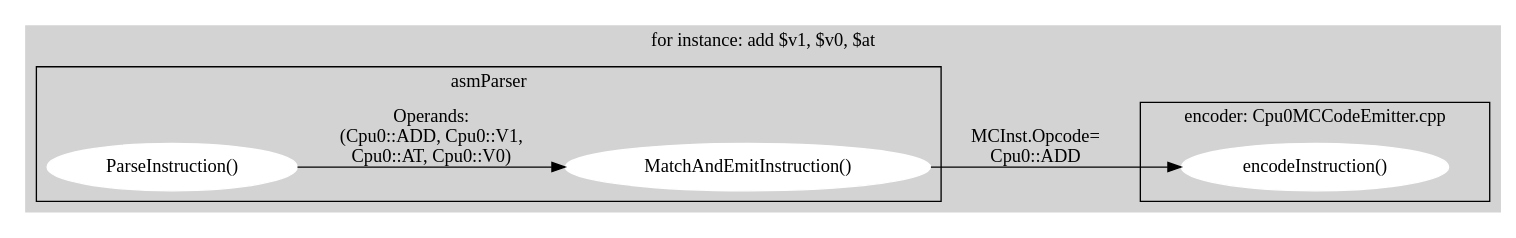
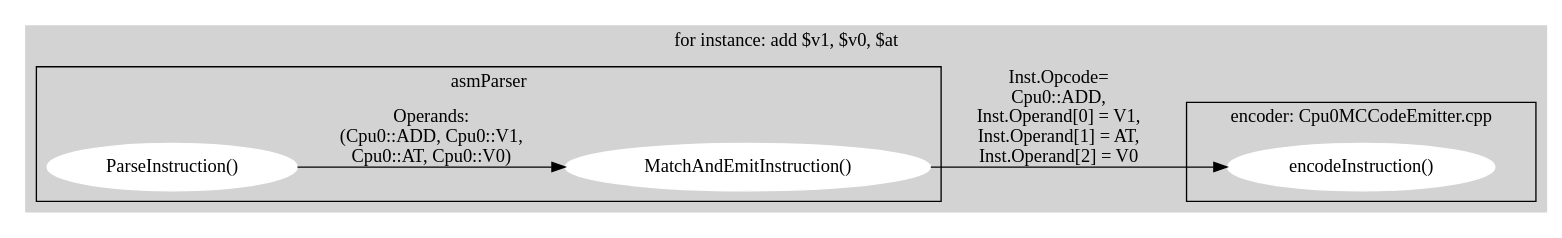
The diagram in Fig/asm/asmDfdEx.gv (Jonathan2251/lbd), drawn with Graphviz before and after one commit. The commit also changed 5 other files, not shown here.

```diff
--- a/Fig/asm/asmDfdEx.gv
+++ b/Fig/asm/asmDfdEx.gv
@@ -1,22 +1,22 @@
 // Free usage license, author: Chung-Shu Chen 陳鍾樞
 // dot -Tpng asmDfdEx.gv -oasmDfdEx.png
 
 digraph G {
   rankdir=LR;
   subgraph cluster_2 {
     style=filled;
     label = "for instance: add $v1, $v0, $at";
     subgraph clusterA {
       label = "asmParser";
       node [style=filled,color=white]; ParseInstruction [label="ParseInstruction()"];
       node [style=filled,color=white]; MatchAndEmitInstruction [label="MatchAndEmitInstruction()"];
       ParseInstruction -> MatchAndEmitInstruction [ label = "Operands:\n (Cpu0::ADD, Cpu0::V1,\n Cpu0::AT, Cpu0::V0)" ];
     }
     subgraph clusterB {
       label = "encoder: Cpu0MCCodeEmitter.cpp";
       node [style=filled,color=white]; encodeInstruction [label="encodeInstruction()"];
     }
-    MatchAndEmitInstruction -> encodeInstruction [ label = "MCInst.Opcode=\nCpu0::ADD" ];
+    MatchAndEmitInstruction -> encodeInstruction [ label = "Inst.Opcode=\nCpu0::ADD,\nInst.Operand[0] = V1,\nInst.Operand[1] = AT,\nInst.Operand[2] = V0" ];
     color=lightgrey
   }
 }
```
